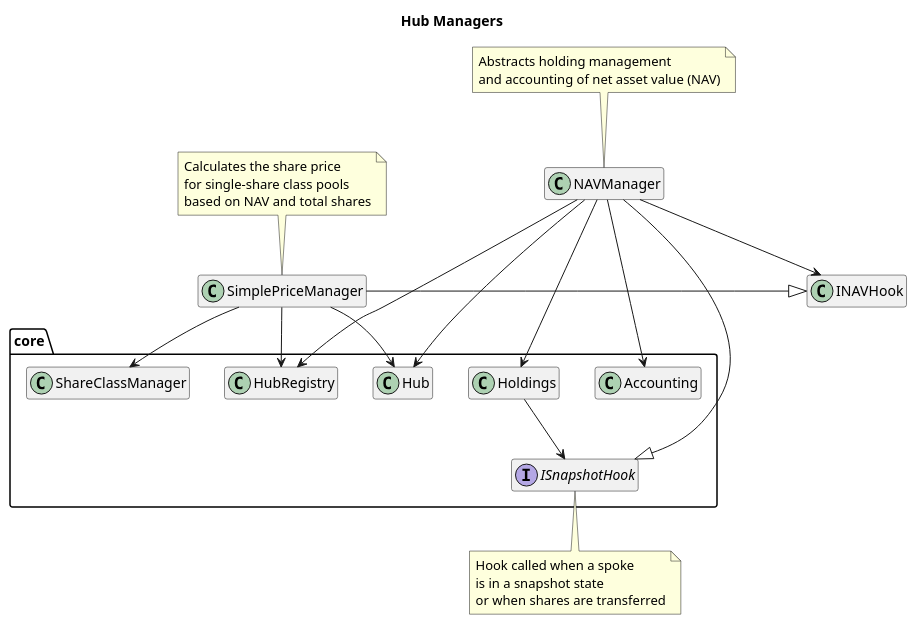
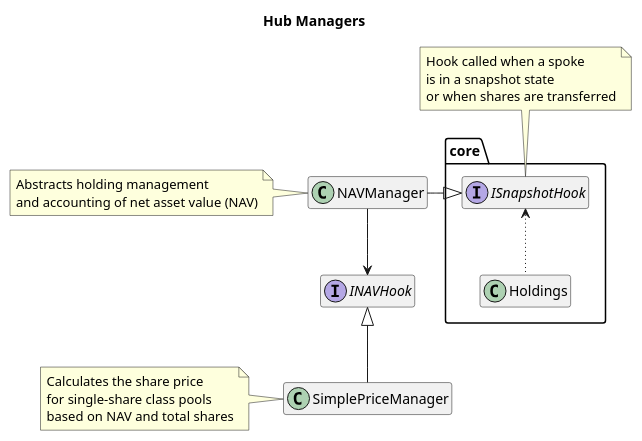
The diagram in docs/architecture/managers/hub-managers.puml (centrifuge/protocol), drawn with PlantUML before and after one commit. The commit also changed 3 other files, not shown here.

```diff
--- a/docs/architecture/managers/hub-managers.puml
+++ b/docs/architecture/managers/hub-managers.puml
@@ -1,45 +1,38 @@
 @startuml hub-managers
 title Hub Managers
 hide empty members
 
+skinparam linetype ortho
+
 package core {
-    class Hub
     class Holdings
-    class Accounting
-    class HubRegistry
-    class ShareClassManager
     interface ISnapshotHook
 }
 
-NAVManager --> Hub
-NAVManager --> Holdings
-NAVManager --> Accounting
-NAVManager --> HubRegistry
-NAVManager -|> ISnapshotHook
-NAVManager --> INAVHook
+class NAVManager
+class SimplePriceManager
+interface INAVHook
 
-SimplePriceManager -left|> INAVHook
-SimplePriceManager --> Hub
-SimplePriceManager --> ShareClassManager
-SimplePriceManager --> HubRegistry
+NAVManager -down-> INAVHook
+SimplePriceManager -up-|> INAVHook
+NAVManager -left-|> ISnapshotHook
+Holdings .up[dotted].> ISnapshotHook
 
-Holdings --> ISnapshotHook
-
-note top of NAVManager
+note left of NAVManager
   Abstracts holding management
   and accounting of net asset value (NAV)
 end note
 
-note top of SimplePriceManager
+note left of SimplePriceManager
   Calculates the share price 
   for single-share class pools
   based on NAV and total shares
 end note
 
-note bottom of ISnapshotHook
+note top of ISnapshotHook
   Hook called when a spoke
   is in a snapshot state
   or when shares are transferred
 end note
 
 @enduml
```
